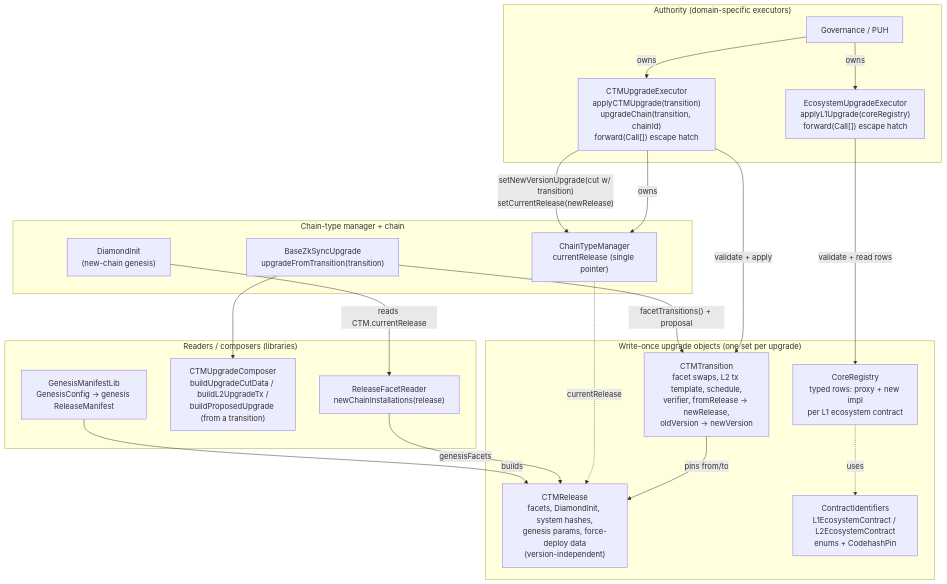
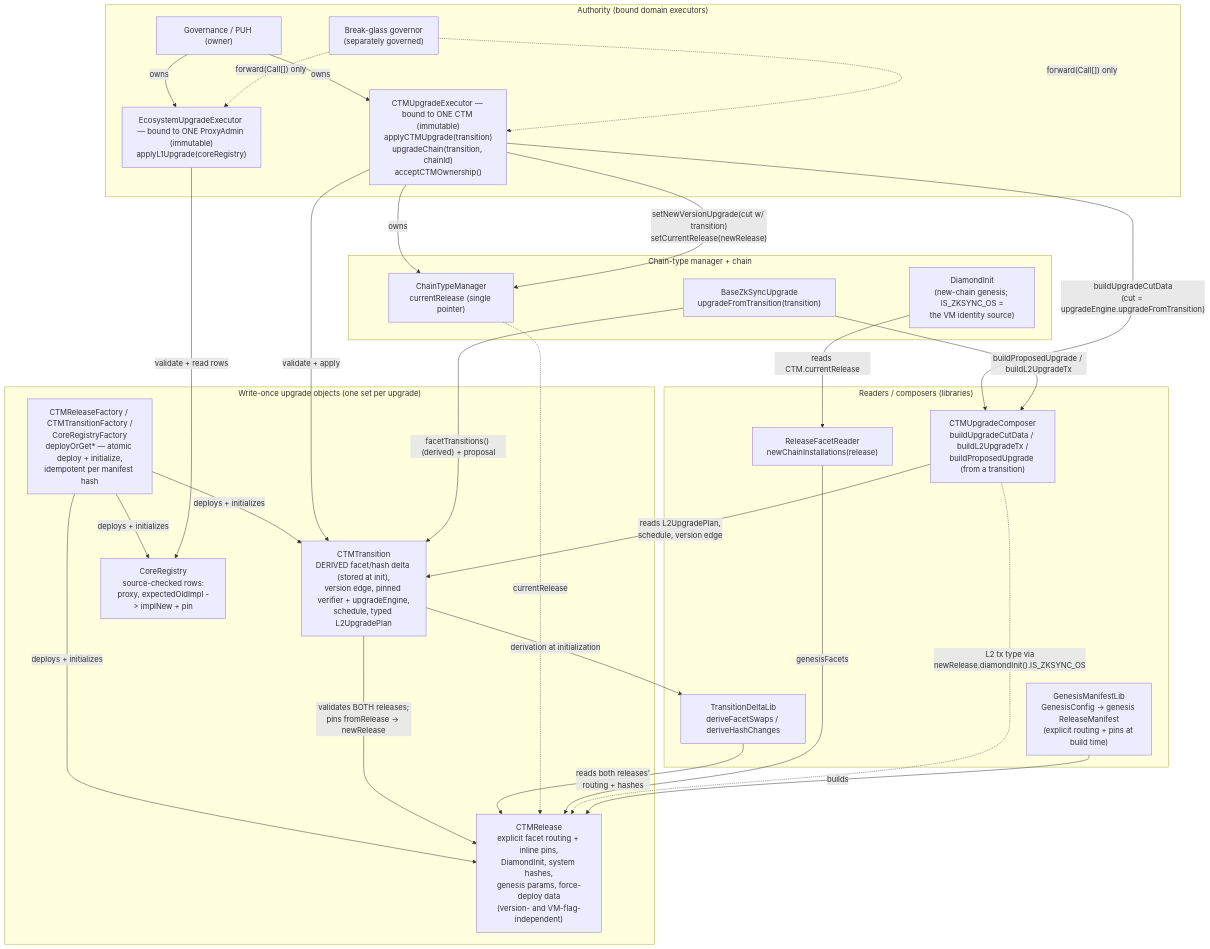
One commit to matter-labs/era-contracts changed the diagram in docs/registry-driven-upgrades.md. Above: the diagram before and after it, drawn with Mermaid. The commit also changed other lines of this file and 55 other files, not shown here.

First line of the commit message:
feat: derived transitions, bound executors, break-glass split, idempotent factories

````diff
--- a/docs/registry-driven-upgrades.md
+++ b/docs/registry-driven-upgrades.md
@@ -24,43 +30,54 @@
 ```mermaid
 flowchart TB
-    subgraph auth["Authority (domain-specific executors)"]
-      PUH["Governance / PUH"]
-      CTMEXE["CTMUpgradeExecutor<br/>applyCTMUpgrade(transition)<br/>upgradeChain(transition, chainId)<br/>forward(Call[]) escape hatch"]
-      ECOEXE["EcosystemUpgradeExecutor<br/>applyL1Upgrade(coreRegistry)<br/>forward(Call[]) escape hatch"]
+    subgraph auth["Authority (bound domain executors)"]
+      PUH["Governance / PUH (owner)"]
+      BG["Break-glass governor<br/>(separately governed)"]
+      CTMEXE["CTMUpgradeExecutor — bound to ONE CTM (immutable)<br/>applyCTMUpgrade(transition)<br/>upgradeChain(transition, chainId)<br/>acceptCTMOwnership()"]
+      ECOEXE["EcosystemUpgradeExecutor — bound to ONE ProxyAdmin (immutable)<br/>applyL1Upgrade(coreRegistry)"]
       PUH -->|owns| CTMEXE
       PUH -->|owns| ECOEXE
+      BG -.->|"forward(Call[]) only"| CTMEXE
+      BG -.->|"forward(Call[]) only"| ECOEXE
     end
 
     subgraph objects["Write-once upgrade objects (one set per upgrade)"]
-      REL["CTMRelease<br/>facets, DiamondInit, system hashes,<br/>genesis params, force-deploy data<br/>(version-independent)"]
-      TRA["CTMTransition<br/>facet swaps, L2 tx template, schedule,<br/>verifier, fromRelease -> newRelease,<br/>oldVersion -> newVersion"]
-      COREREG["CoreRegistry<br/>typed rows: proxy + new impl<br/>per L1 ecosystem contract"]
-      IDS["ContractIdentifiers<br/>L1EcosystemContract / L2EcosystemContract<br/>enums + CodehashPin"]
-      TRA -->|pins from/to| REL
-      COREREG -.uses.-> IDS
+      FACT["CTMReleaseFactory / CTMTransitionFactory /<br/>CoreRegistryFactory<br/>deployOrGet* — atomic deploy + initialize,<br/>idempotent per manifest hash"]
+      REL["CTMRelease<br/>explicit facet routing + inline pins,<br/>DiamondInit, system hashes,<br/>genesis params, force-deploy data<br/>(version- and VM-flag-independent)"]
+      TRA["CTMTransition<br/>DERIVED facet/hash delta (stored at init),<br/>version edge, pinned verifier + upgradeEngine,<br/>schedule, typed L2UpgradePlan"]
+      COREREG["CoreRegistry<br/>source-checked rows:<br/>proxy, expectedOldImpl -> implNew + pin"]
+      FACT -->|"deploys + initializes"| REL
+      FACT -->|"deploys + initializes"| TRA
+      FACT -->|"deploys + initializes"| COREREG
+      TRA -->|"validates BOTH releases;<br/>pins fromRelease -> newRelease"| REL
     end
 
     subgraph libs["Readers / composers (libraries)"]
+      DELTA["TransitionDeltaLib<br/>deriveFacetSwaps / deriveHashChanges"]
       READER["ReleaseFacetReader<br/>newChainInstallations(release)"]
       COMPOSER["CTMUpgradeComposer<br/>buildUpgradeCutData / buildL2UpgradeTx /<br/>buildProposedUpgrade (from a transition)"]
-      GENLIB["GenesisManifestLib<br/>GenesisConfig -> genesis ReleaseManifest"]
+      GENLIB["GenesisManifestLib<br/>GenesisConfig -> genesis ReleaseManifest<br/>(explicit routing + pins at build time)"]
     end
 
     subgraph chain["Chain-type manager + chain"]
       CTM["ChainTypeManager<br/>currentRelease (single pointer)"]
-      DI["DiamondInit<br/>(new-chain genesis)"]
+      DI["DiamondInit<br/>(new-chain genesis; IS_ZKSYNC_OS =<br/>the VM identity source)"]
       BASE["BaseZkSyncUpgrade<br/>upgradeFromTransition(transition)"]
     end
 
     CTMEXE -->|owns| CTM
     CTMEXE -->|validate + apply| TRA
+    CTMEXE -->|"buildUpgradeCutData<br/>(cut = upgradeEngine.upgradeFromTransition)"| COMPOSER
     ECOEXE -->|validate + read rows| COREREG
 
+    TRA -->|"derivation at initialization"| DELTA
+    DELTA -->|"reads both releases'<br/>routing + hashes"| REL
     CTMEXE -->|"setNewVersionUpgrade(cut w/ transition)<br/>setCurrentRelease(newRelease)"| CTM
     CTM -.currentRelease.-> REL
     DI -->|reads CTM.currentRelease| READER
     READER -->|genesisFacets| REL
-    BASE -->|"facetTransitions() + proposal"| TRA
-    BASE --> COMPOSER
+    BASE -->|"facetTransitions() (derived) + proposal"| TRA
+    BASE -->|"buildProposedUpgrade / buildL2UpgradeTx"| COMPOSER
+    COMPOSER -->|"reads L2UpgradePlan,<br/>schedule, version edge"| TRA
+    COMPOSER -.->|"L2 tx type via<br/>newRelease.diamondInit().IS_ZKSYNC_OS"| REL
     GENLIB -->|builds| REL
 ```
````
